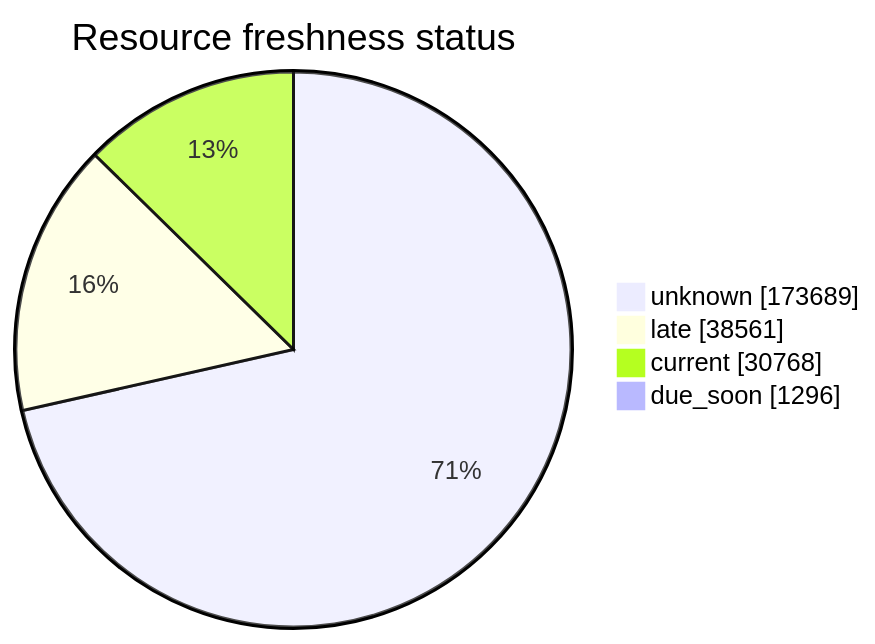
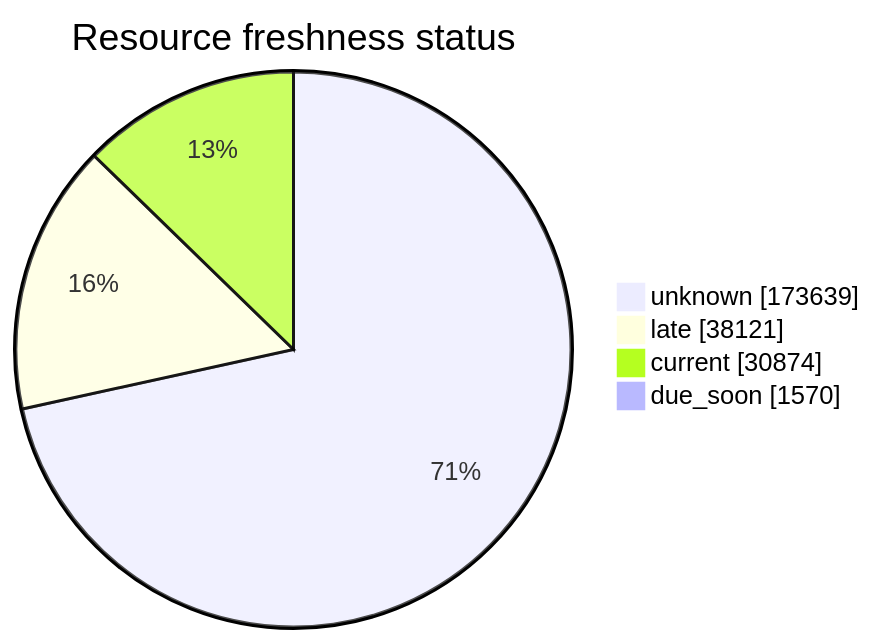
One commit to open-data/analytics-corporate-reporting changed the third of 5 diagrams in FreshCheck/README.md. Above: the diagram before and after it, drawn with Mermaid. The commit also changed other lines of this file and 3 other files, not shown here.

````diff
--- a/FreshCheck/README.md
+++ b/FreshCheck/README.md
@@ -77,7 +77,7 @@
 ```mermaid
 pie showData title Resource freshness status
-    "unknown": 173689
-    "late": 38561
-    "current": 30768
-    "due_soon": 1296
+    "unknown": 173639
+    "late": 38121
+    "current": 30874
+    "due_soon": 1570
 ```
````
